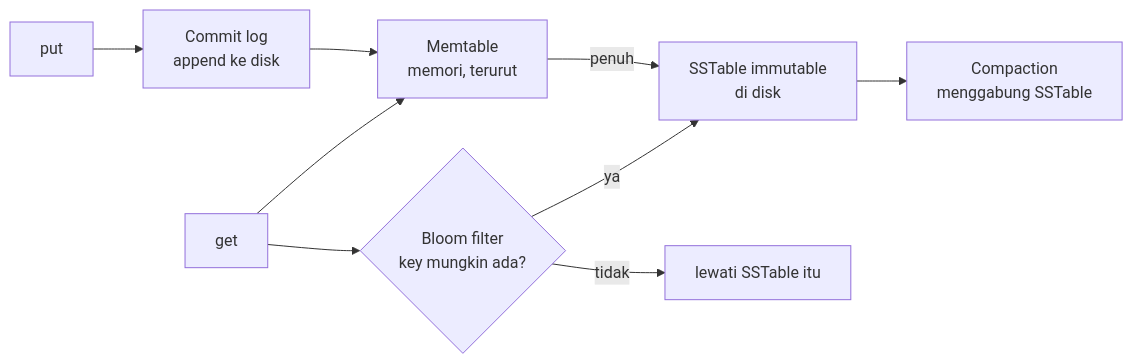
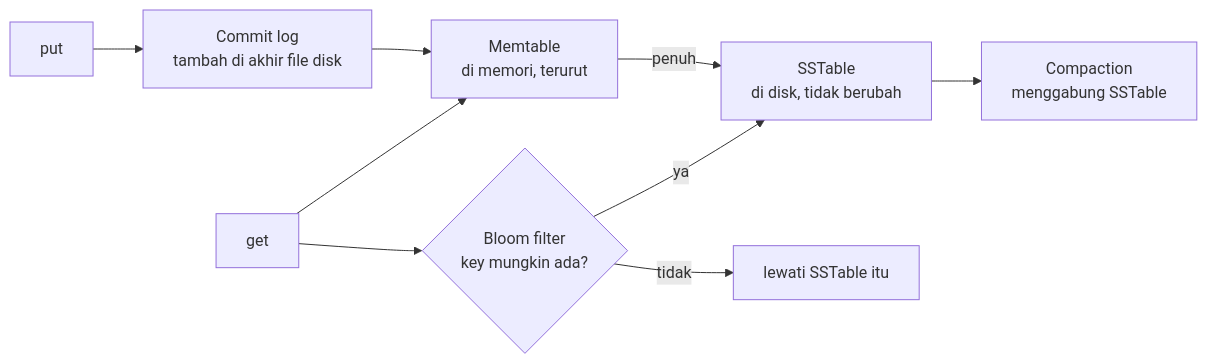
One commit to andreanpradanaa/sysdesign-lab changed the second of 2 diagrams in src/content/lessons/bagian-2/key-value-store.mdx. Above: the diagram before and after it, drawn with Mermaid. The commit also changed other lines of this file and 18 other files, not shown here.

````diff
--- a/src/content/lessons/bagian-2/key-value-store.mdx
+++ b/src/content/lessons/bagian-2/key-value-store.mdx
@@ -153,11 +153,11 @@
 ```mermaid
 flowchart LR
-  W[put] --> CL[Commit log\nappend ke disk]
-  CL --> MT[Memtable\nmemori, terurut]
-  MT -- penuh --> SS1[SSTable immutable\ndi disk]
-  SS1 --> CP[Compaction\nmenggabung SSTable]
+  W[put] --> CL["Commit log\ntambah di akhir file disk"]
+  CL --> MT["Memtable\ndi memori, terurut"]
+  MT -- penuh --> SS1["SSTable\ndi disk, tidak berubah"]
+  SS1 --> CP["Compaction\nmenggabung SSTable"]
   G[get] --> MT
-  G --> BF{Bloom filter\nkey mungkin ada?}
+  G --> BF{"Bloom filter\nkey mungkin ada?"}
   BF -- ya --> SS1
   BF -- tidak --> X[lewati SSTable itu]
 ```
````
